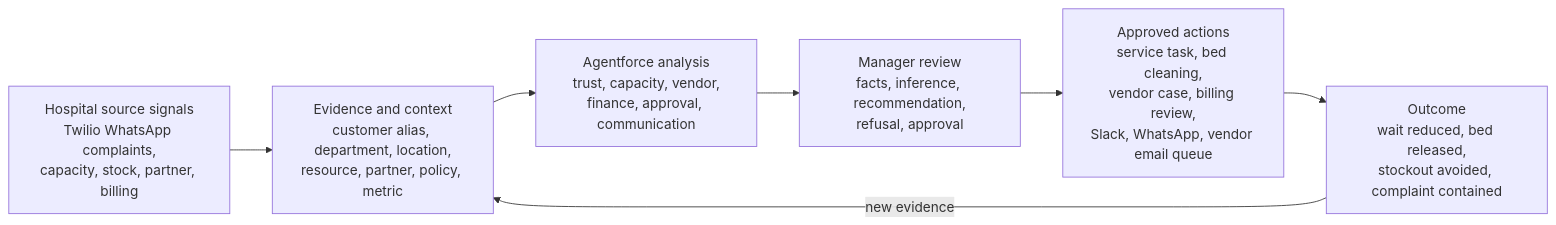
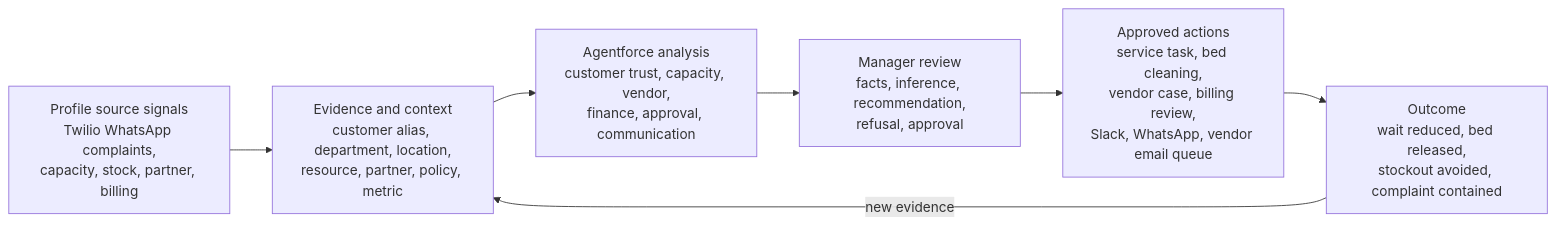
The first of 2 diagrams in docs/architecture.md (freeapikeys/HackathonSalesforce), drawn with Mermaid before and after one commit. The commit also changed other lines of this file and 38 other files, not shown here.

````diff
--- a/docs/architecture.md
+++ b/docs/architecture.md
@@ -10,12 +10,12 @@
 ```mermaid
 flowchart LR
-    SOURCES["Hospital source signals<br/>Twilio WhatsApp complaints,<br/>capacity, stock, partner, billing"]
+    SOURCES["Profile source signals<br/>Twilio WhatsApp complaints,<br/>capacity, stock, partner, billing"]
     CONTEXT["Evidence and context<br/>customer alias, department, location,<br/>resource, partner, policy, metric"]
-    AGENTS["Agentforce analysis<br/>trust, capacity, vendor,<br/>finance, approval, communication"]
+    AGENTS["Agentforce analysis<br/>customer trust, capacity, vendor,<br/>finance, approval, communication"]
     REVIEW["Manager review<br/>facts, inference, recommendation,<br/>refusal, approval"]
     ACTIONS["Approved actions<br/>service task, bed cleaning,<br/>vendor case, billing review,<br/>Slack, WhatsApp, vendor email queue"]
     OUTCOME["Outcome<br/>wait reduced, bed released,<br/>stockout avoided, complaint contained"]
 
     SOURCES --> CONTEXT --> AGENTS --> REVIEW --> ACTIONS --> OUTCOME
     OUTCOME -->|"new evidence"| CONTEXT
 ```
````
